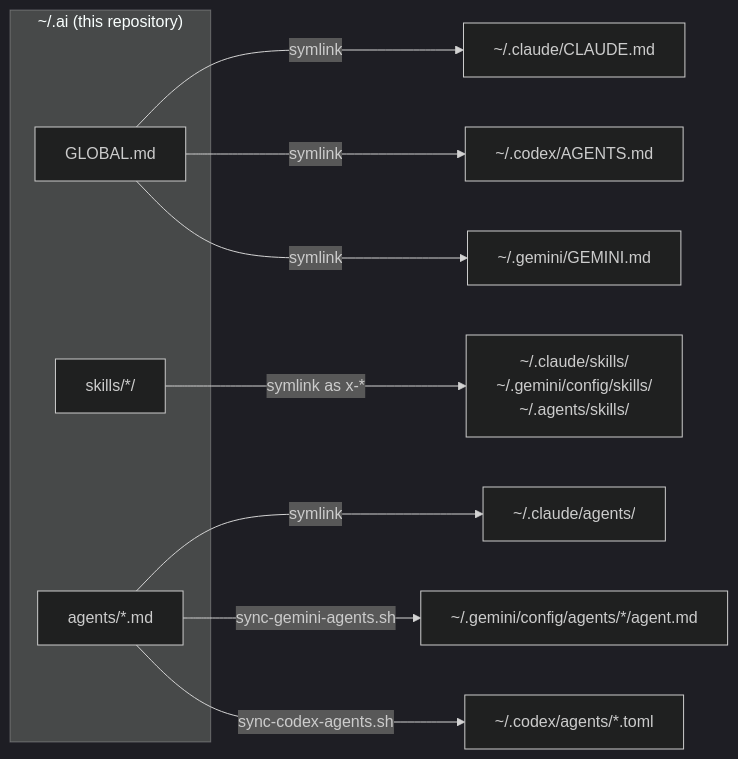
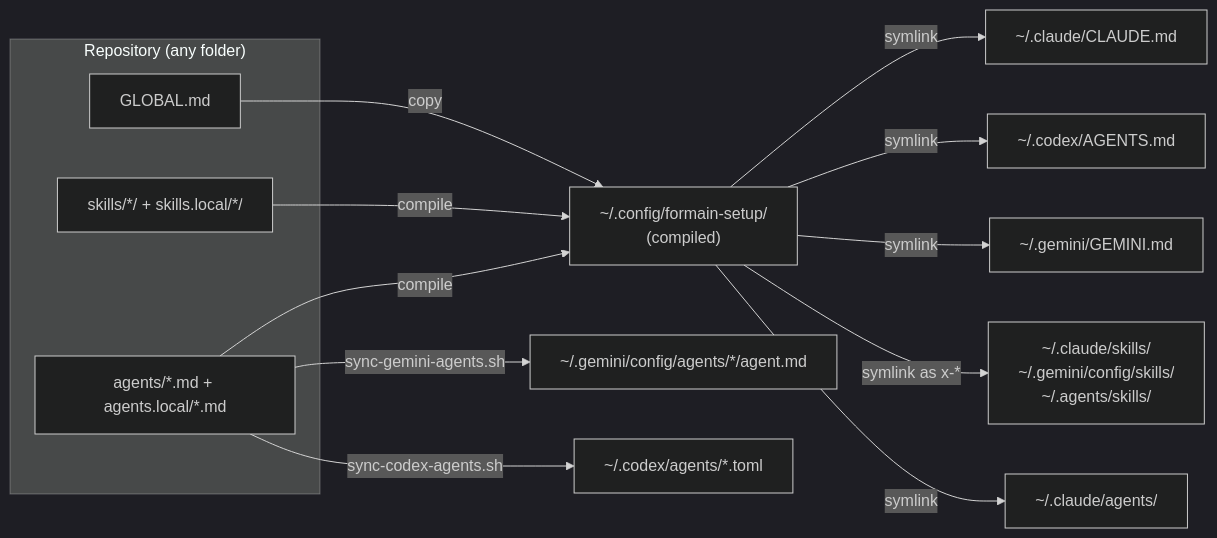
One commit to themkvz/formain-setup changed the diagram in README.md. Above: the diagram before and after it, drawn with Mermaid (dark theme). The commit also changed other lines of this file and 15 other files, not shown here.

First line of the commit message:
refactor: compile setup from repository source

````diff
--- a/README.md
+++ b/README.md
@@ -34,18 +34,24 @@
 ```mermaid
 flowchart LR
-  subgraph repo["~/.ai (this repository)"]
+  subgraph repo["Repository (any folder)"]
     G["GLOBAL.md"]
-    S["skills/*/"]
-    A["agents/*.md"]
+    S["skills/*/ + skills.local/*/"]
+    A["agents/*.md + agents.local/*.md"]
   end
 
-  G -- symlink --> CL["~/.claude/CLAUDE.md"]
-  G -- symlink --> CX["~/.codex/AGENTS.md"]
-  G -- symlink --> GM["~/.gemini/GEMINI.md"]
+  C["~/.config/formain-setup/<br/>(compiled)"]
 
-  S -- "symlink as x-*" --> SK["~/.claude/skills/<br/>~/.gemini/config/skills/<br/>~/.agents/skills/"]
+  G -- copy --> C
+  S -- compile --> C
+  A -- compile --> C
 
-  A -- symlink --> AG["~/.claude/agents/"]
+  C -- symlink --> CL["~/.claude/CLAUDE.md"]
+  C -- symlink --> CX["~/.codex/AGENTS.md"]
+  C -- symlink --> GM["~/.gemini/GEMINI.md"]
+
+  C -- "symlink as x-*" --> SK["~/.claude/skills/<br/>~/.gemini/config/skills/<br/>~/.agents/skills/"]
+
+  C -- symlink --> AG["~/.claude/agents/"]
   A -- "sync-gemini-agents.sh" --> GA["~/.gemini/config/agents/*/agent.md"]
   A -- "sync-codex-agents.sh" --> CT["~/.codex/agents/*.toml"]
 ```
````
